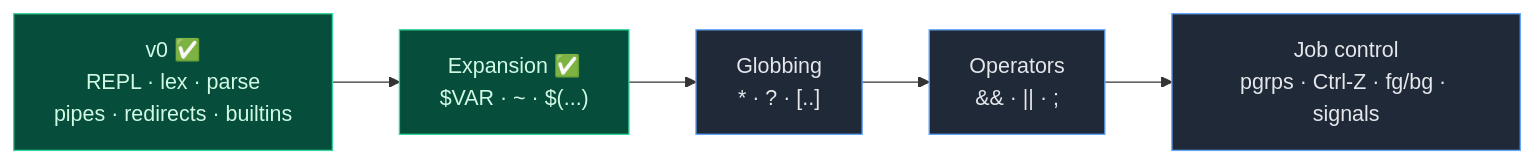
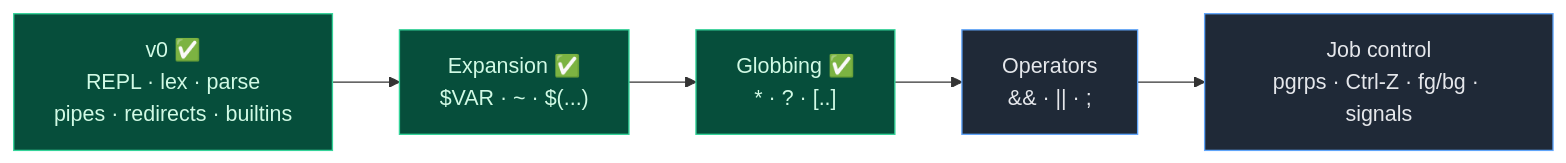
Before and after one commit to baileyrd/rush: the sixth of 6 diagrams in docs/ARCHITECTURE.md, drawn with Mermaid. The commit also changed other lines of this file and 4 other files, not shown here.

````diff
--- a/docs/ARCHITECTURE.md
+++ b/docs/ARCHITECTURE.md
@@ -330,16 +346,17 @@
 ```mermaid
 flowchart LR
     v0["v0 ✅<br/>REPL · lex · parse<br/>pipes · redirects · builtins"]
     e1["Expansion ✅<br/>$VAR · ~ · $(...)"]
-    e2["Globbing<br/>* · ? · [..]"]
+    e2["Globbing ✅<br/>* · ? · [..]"]
     e3["Operators<br/>&amp;&amp; · || · ;"]
     e4["Job control<br/>pgrps · Ctrl-Z · fg/bg · signals"]
 
     v0 --> e1 --> e2 --> e3 --> e4
 
     classDef done fill:#064e3b,stroke:#34d399,color:#d1fae5;
     classDef todo fill:#1f2937,stroke:#60a5fa,color:#e5e7eb;
     class v0 done;
     class e1 done;
-    class e2,e3,e4 todo;
+    class e2 done;
+    class e3,e4 todo;
 ```
````
